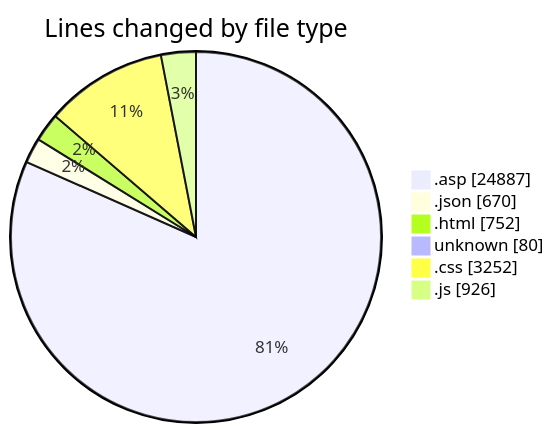
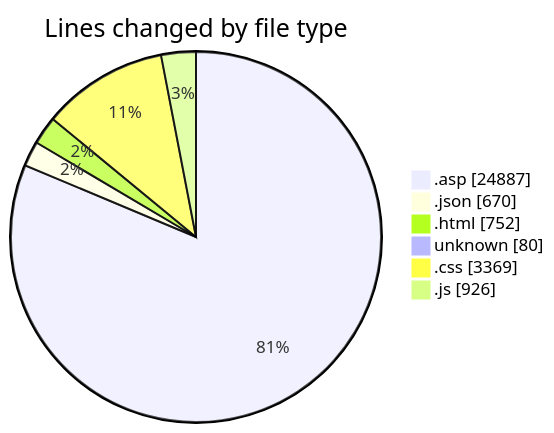
One commit to julien-gomy/code-tracking changed the first of 2 diagrams in 2025-11-01/cdp_aleoudev_fr__workspace_/README.md. Above: the diagram before and after it, drawn with Mermaid. The commit also changed other lines of this file and 1 other file, not shown here.

````diff
--- a/2025-11-01/cdp_aleoudev_fr__workspace_/README.md
+++ b/2025-11-01/cdp_aleoudev_fr__workspace_/README.md
@@ -38,10 +39,10 @@
 ```mermaid
 pie showData
 title Lines changed by file type
 ".asp" : 24887
 ".json" : 670
 ".html" : 752
 "unknown" : 80
-".css" : 3252
+".css" : 3369
 ".js" : 926
 ```
````
